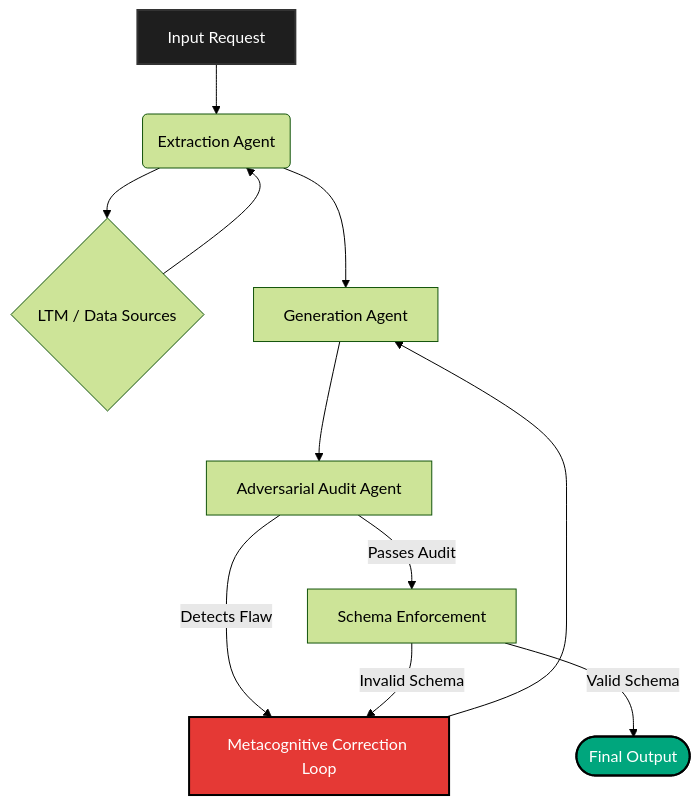
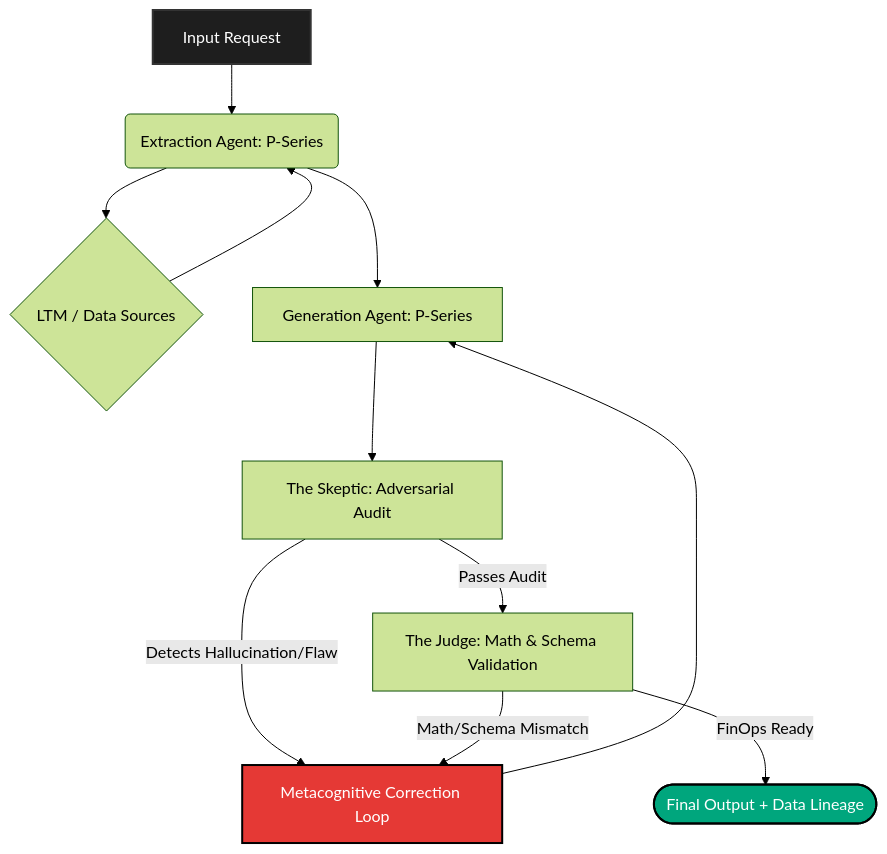
Before and after one commit to SIXxMENDER/Psiquis-X: the diagram in docs/architecture/courtroom-architecture.md, drawn with Mermaid (forest theme). The commit also changed other lines of this file and 12 other files, not shown here.

First line of the commit message:
feat: Enterprise architecture upgrade

````diff
--- a/docs/architecture/courtroom-architecture.md
+++ b/docs/architecture/courtroom-architecture.md
@@ -13,21 +14,21 @@
 ```mermaid
 flowchart TD
-    A[Input Request] --> B(Extraction Agent)
+    A[Input Request] --> B(Extraction Agent: P-Series)
     B --> C{LTM / Data Sources}
     C --> B
-    B --> D[Generation Agent]
+    B --> D[Generation Agent: P-Series]
     
-    D --> E[Adversarial Audit Agent]
+    D --> E[The Skeptic: Adversarial Audit]
     
-    E -- "Detects Flaw" --> F[Metacognitive Correction Loop]
+    E -- "Detects Hallucination/Flaw" --> F[Metacognitive Correction Loop]
     F --> D
     
-    E -- "Passes Audit" --> G[Schema Enforcement]
-    G -- "Invalid Schema" --> F
+    E -- "Passes Audit" --> G[The Judge: Math & Schema Validation]
+    G -- "Math/Schema Mismatch" --> F
     
-    G -- "Valid Schema" --> H([Final Output])
+    G -- "FinOps Ready" --> H([Final Output + Data Lineage])
     
     style A fill:#1e1e1e,stroke:#333,stroke-width:2px,color:#fff
     style H fill:#00a67d,stroke:#000,stroke-width:2px,color:#fff
     style F fill:#e53935,stroke:#000,stroke-width:2px,color:#fff
 ```
````
